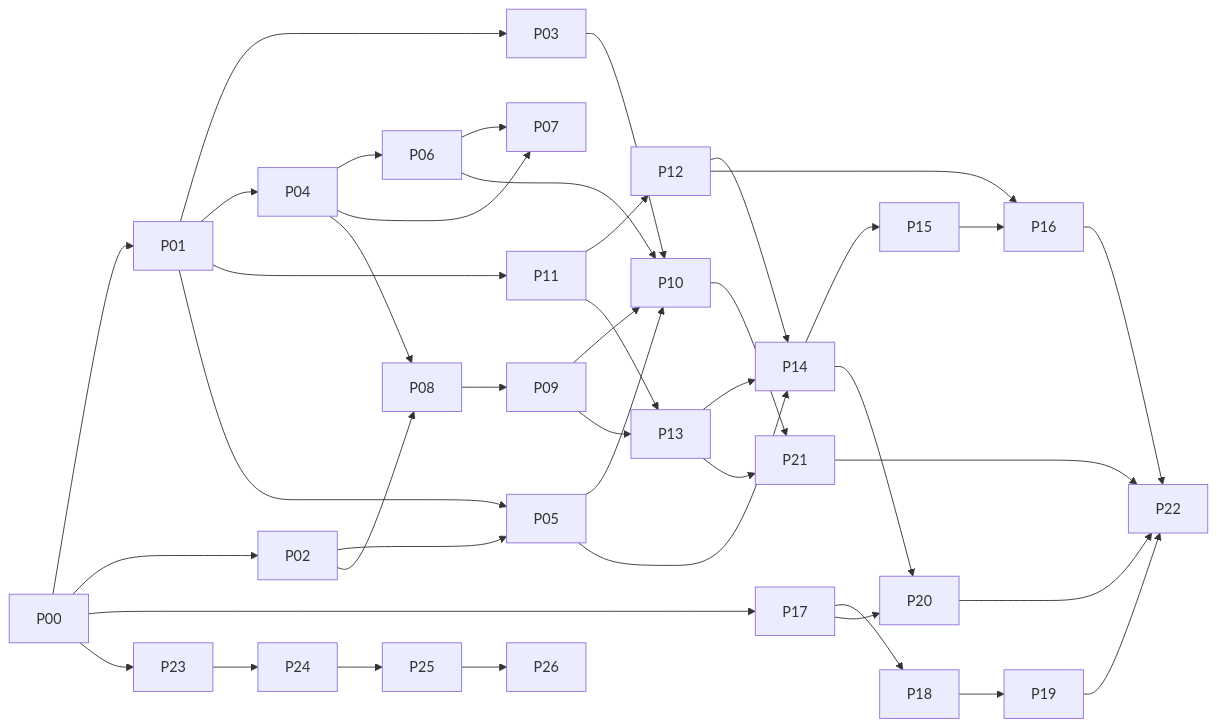
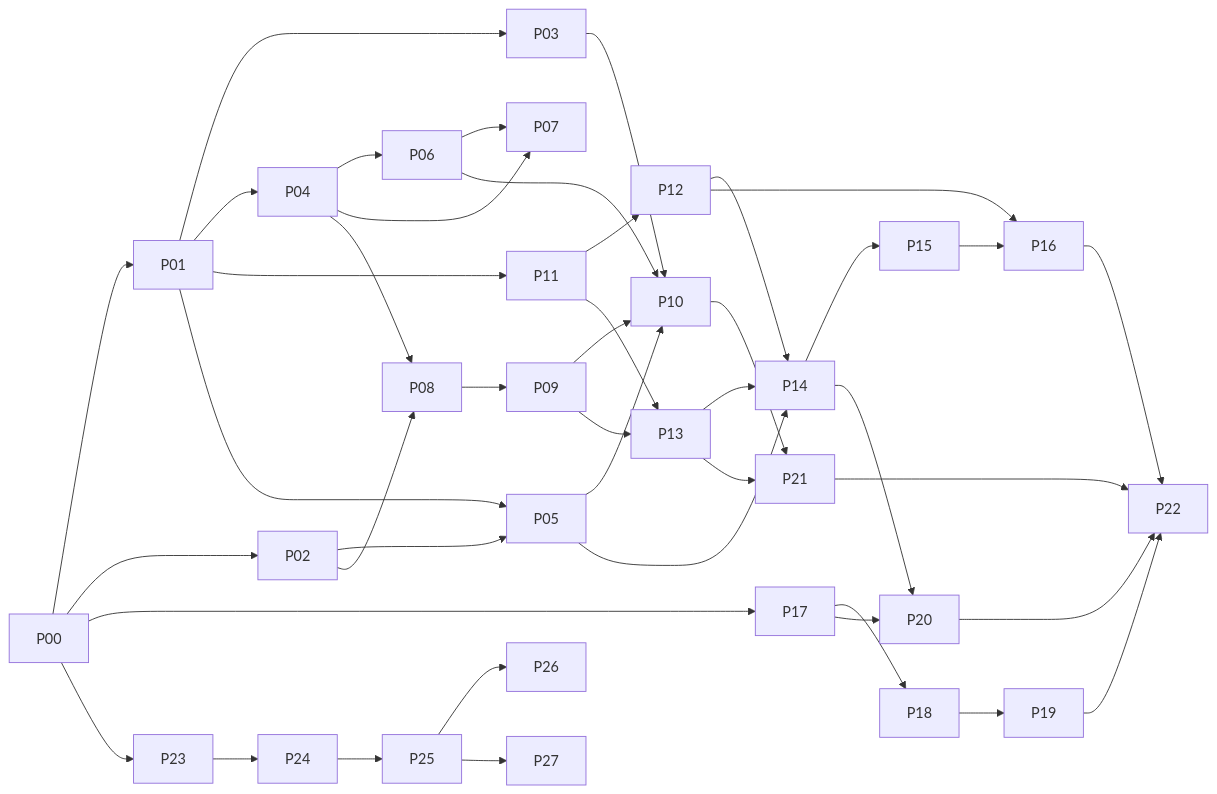
Before and after one commit to Kitalon-Labs-LLC/neogold: the diagram in docs/14_Build_Plan.md, drawn with Mermaid. The commit also changed other lines of this file and 15 other files, not shown here.

````diff
--- a/docs/14_Build_Plan.md
+++ b/docs/14_Build_Plan.md
@@ -66,44 +67,45 @@
 ```mermaid
 flowchart LR
     P00 --> P01
     P00 --> P02
     P00 --> P17
     P00 --> P23
     P23 --> P24
     P24 --> P25
     P25 --> P26
+    P25 --> P27
     P01 --> P03
     P01 --> P04
     P01 --> P11
     P02 --> P05
     P01 --> P05
     P04 --> P06
     P04 --> P07
     P06 --> P07
     P02 --> P08
     P04 --> P08
     P08 --> P09
     P03 --> P10
     P05 --> P10
     P06 --> P10
     P09 --> P10
     P11 --> P12
     P09 --> P13
     P11 --> P13
     P05 --> P14
     P12 --> P14
     P13 --> P14
     P14 --> P15
     P12 --> P16
     P15 --> P16
     P17 --> P18
     P18 --> P19
     P14 --> P20
     P17 --> P20
     P10 --> P21
     P13 --> P21
     P16 --> P22
     P19 --> P22
     P20 --> P22
     P21 --> P22
 ```
````
